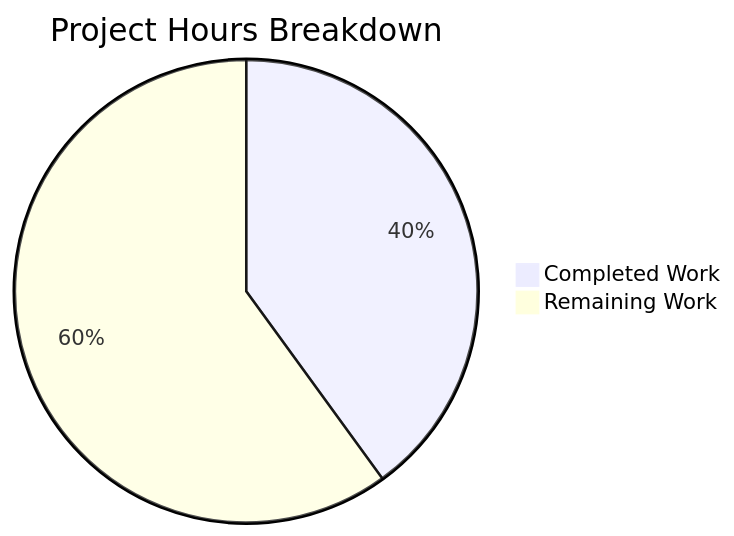
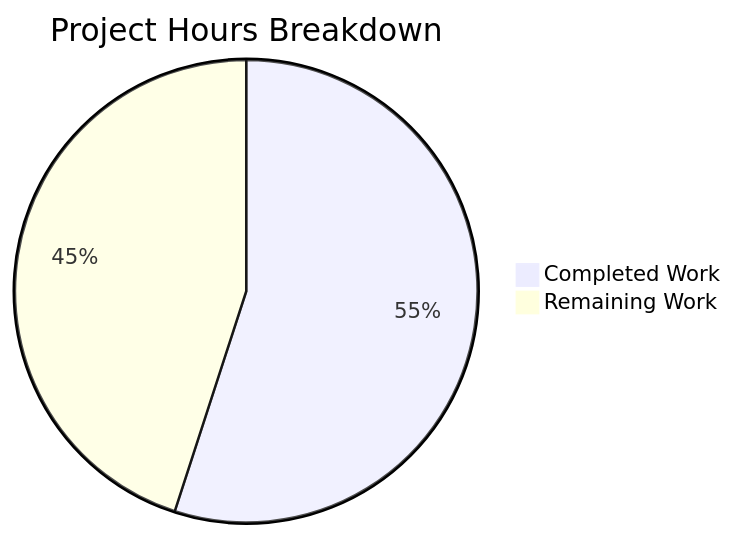
One commit to shaliniblitzy/9Feb_3 changed the diagram in blitzy/documentation/Project Guide.md. Above: the diagram before and after it, drawn with Mermaid. The commit also changed other lines of this file, not shown here.

Commit message:
Adding Blitzy Project Guide: Project Status and Human Tasks Remaining

````diff
--- a/blitzy/documentation/Project Guide.md
+++ b/blitzy/documentation/Project Guide.md
@@ -64,5 +116,5 @@
 ```mermaid
 pie title Project Hours Breakdown
-    "Completed Work" : 18
-    "Remaining Work" : 27
+    "Completed Work" : 22
+    "Remaining Work" : 18
 ```
````
